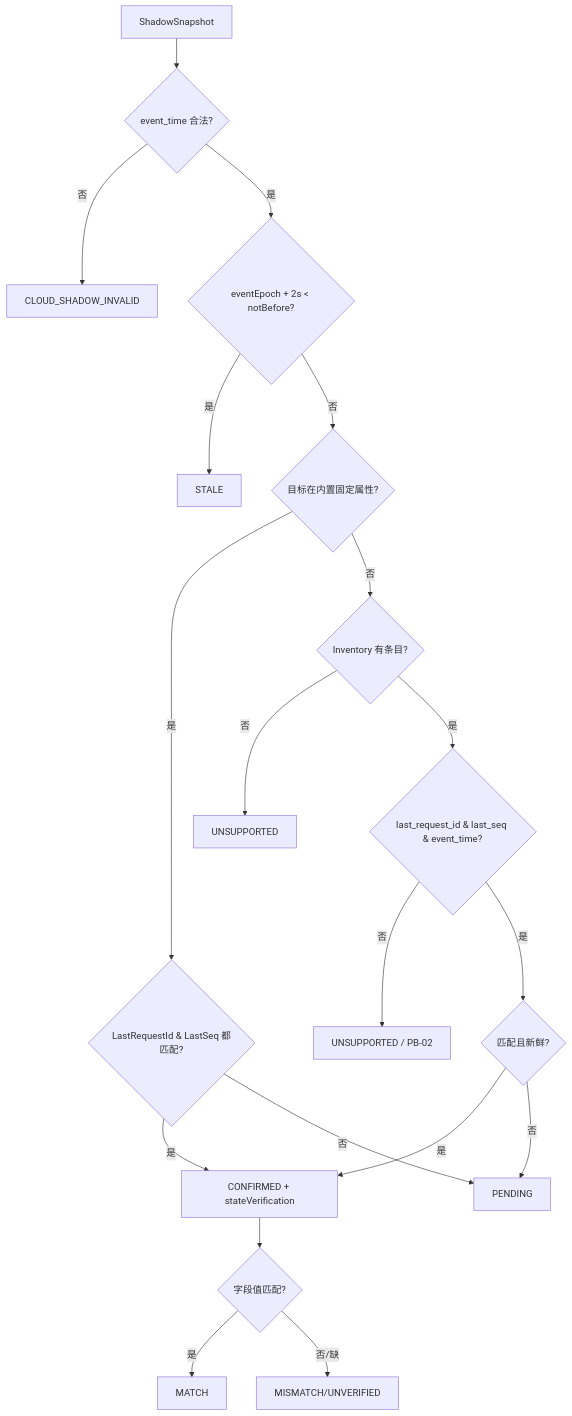
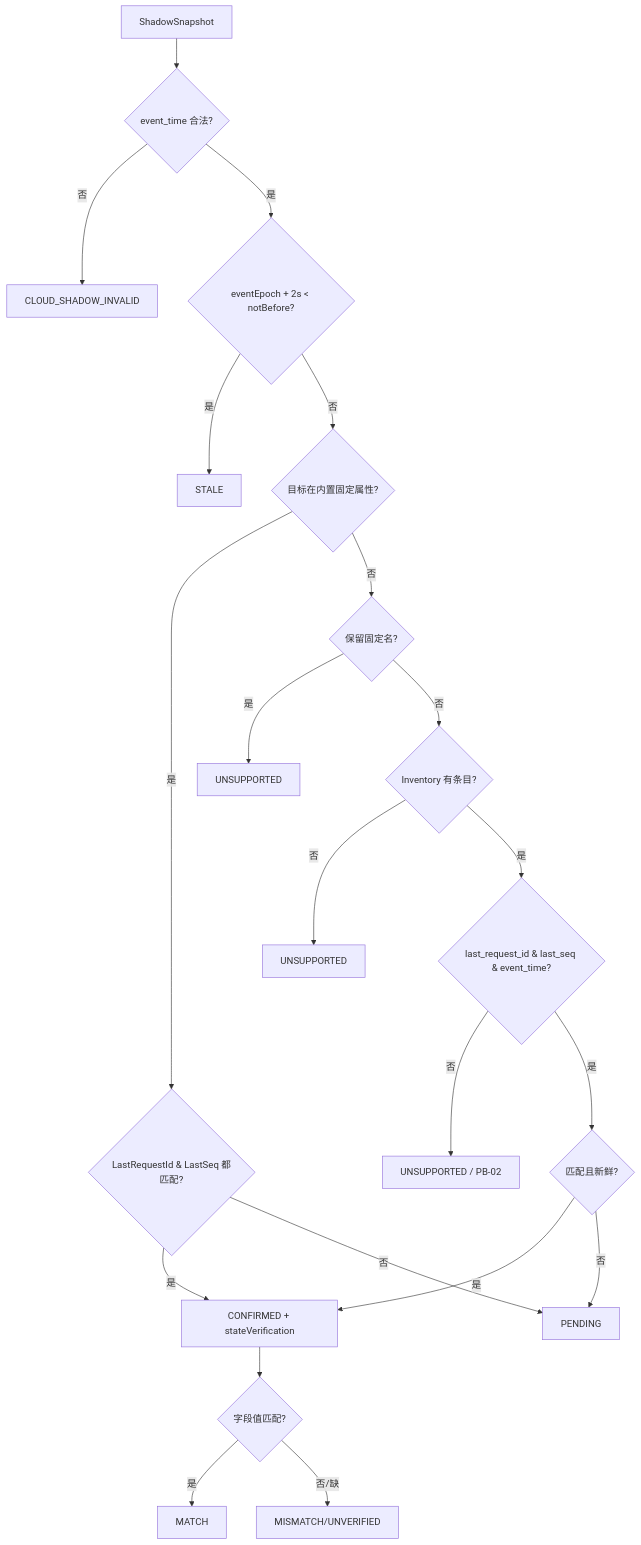
One commit to Quirkybrain/YaoCore changed diagram 13 of 24 in artifacts/40-detailed-design/des-001b-domain-presentation.md. Above: the diagram before and after it, drawn with Mermaid. The commit also changed other lines of this file, not shown here.

````diff
--- a/artifacts/40-detailed-design/des-001b-domain-presentation.md
+++ b/artifacts/40-detailed-design/des-001b-domain-presentation.md
@@ -2740,21 +2794,23 @@
 ```mermaid
 flowchart TD
     A[ShadowSnapshot] --> B{event_time 合法?}
     B -- 否 --> X[CLOUD_SHADOW_INVALID]
     B -- 是 --> C{eventEpoch + 2s < notBefore?}
     C -- 是 --> S[STALE]
     C -- 否 --> D{目标在内置固定属性?}
     D -- 是 --> E{LastRequestId & LastSeq 都匹配?}
     E -- 是 --> F[CONFIRMED + stateVerification]
     E -- 否 --> P[PENDING]
-    D -- 否 --> G{Inventory 有条目?}
+    D -- 否 --> R{保留固定名?}
+    R -- 是 --> U3[UNSUPPORTED]
+    R -- 否 --> G{Inventory 有条目?}
     G -- 否 --> U[UNSUPPORTED]
     G -- 是 --> H{last_request_id & last_seq & event_time?}
     H -- 否 --> U2[UNSUPPORTED / PB-02]
     H -- 是 --> I{匹配且新鲜?}
     I -- 是 --> F
     I -- 否 --> P
     F --> J{字段值匹配?}
     J -- 是 --> MATCH[MATCH]
     J -- 否/缺 --> MM[MISMATCH/UNVERIFIED]
 ```
````
